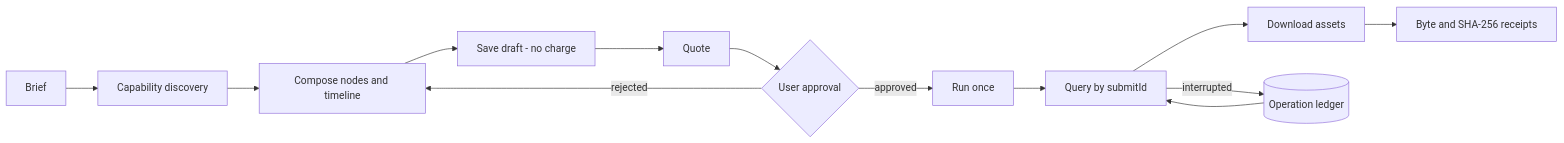
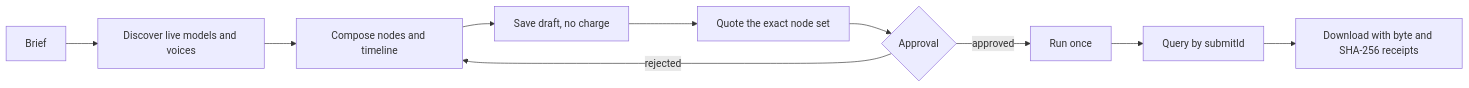
The diagram in README.md (full-aigc-plugins/dreamina-canvas-plugin), drawn with Mermaid before and after one commit. The commit also changed other lines of this file and 3 other files, not shown here.

````diff
--- a/README.md
+++ b/README.md
@@ -148,15 +50,12 @@
 ```mermaid
 flowchart LR
-    A[Brief] --> B[Capability discovery]
+    A[Brief] --> B[Discover live models and voices]
     B --> C[Compose nodes and timeline]
-    C --> D[Save draft - no charge]
-    D --> E[Quote]
-    E --> F{User approval}
+    C --> D[Save draft, no charge]
+    D --> E[Quote the exact node set]
+    E --> F{Approval}
     F -->|approved| G[Run once]
     F -->|rejected| C
     G --> H[Query by submitId]
-    H --> I[Download assets]
-    I --> J[Byte and SHA-256 receipts]
-    H -->|interrupted| K[(Operation ledger)]
-    K --> H
+    H --> I[Download with byte and SHA-256 receipts]
 ```
````
